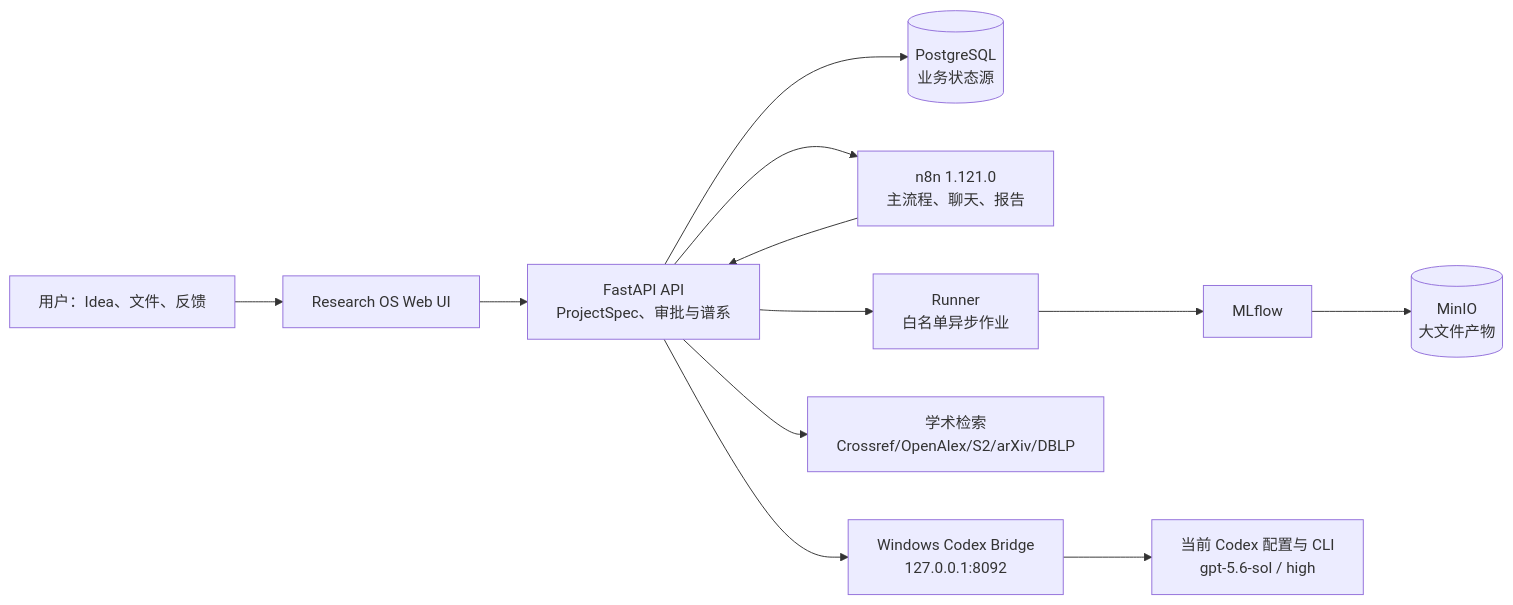
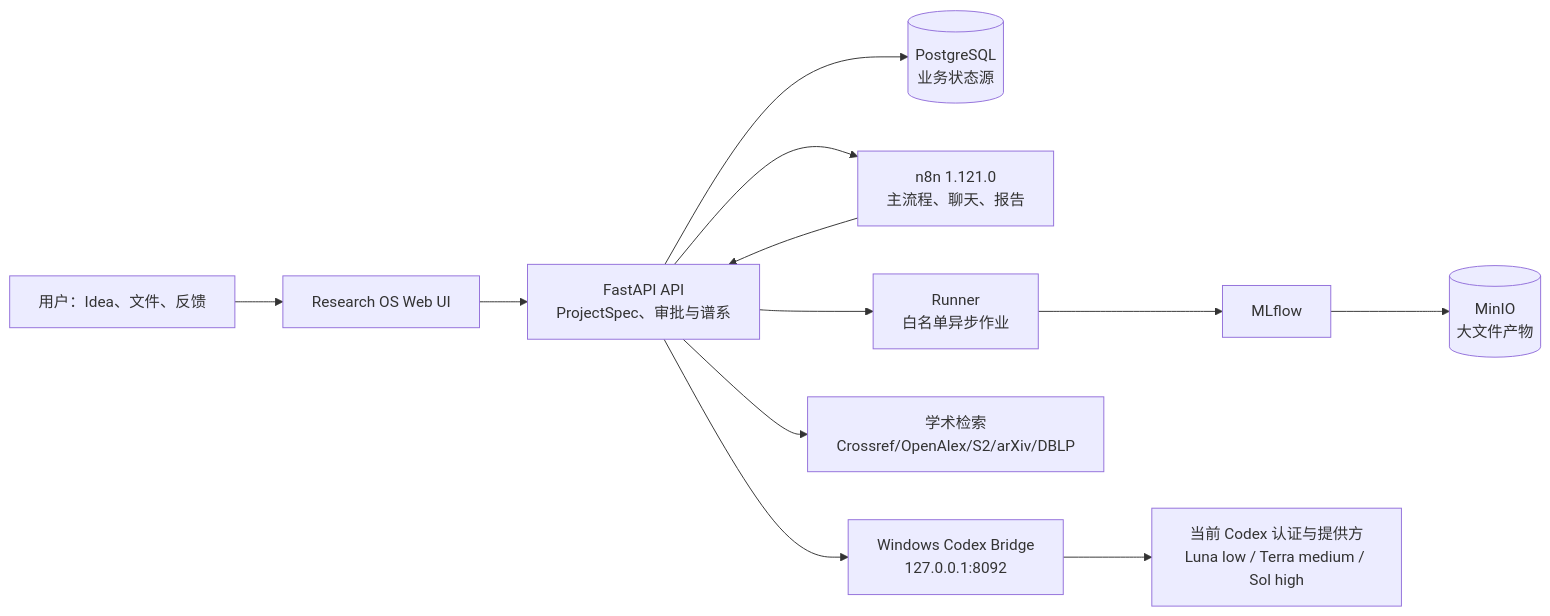
One commit to Karbo123/ResearchOS changed the diagram in README.zh-CN.md. Above: the diagram before and after it, drawn with Mermaid. The commit also changed other lines of this file and 38 other files, not shown here.

````diff
--- a/README.zh-CN.md
+++ b/README.zh-CN.md
@@ -53,14 +57,14 @@
 ```mermaid
 flowchart LR
     U["用户：Idea、文件、反馈"] --> UI["Research OS Web UI"]
     UI --> API["FastAPI API\nProjectSpec、审批与谱系"]
     API --> PG[("PostgreSQL\n业务状态源")]
     API --> N8N["n8n 1.121.0\n主流程、聊天、报告"]
     N8N --> API
     API --> R["Runner\n白名单异步作业"]
     R --> ML["MLflow"]
     ML --> MI[("MinIO\n大文件产物")]
     API --> S["学术检索\nCrossref/OpenAlex/S2/arXiv/DBLP"]
     API --> B["Windows Codex Bridge\n127.0.0.1:8092"]
-    B --> C["当前 Codex 配置与 CLI\ngpt-5.6-sol / high"]
+    B --> C["当前 Codex 认证与提供方\nLuna low / Terra medium / Sol high"]
 ```
````
